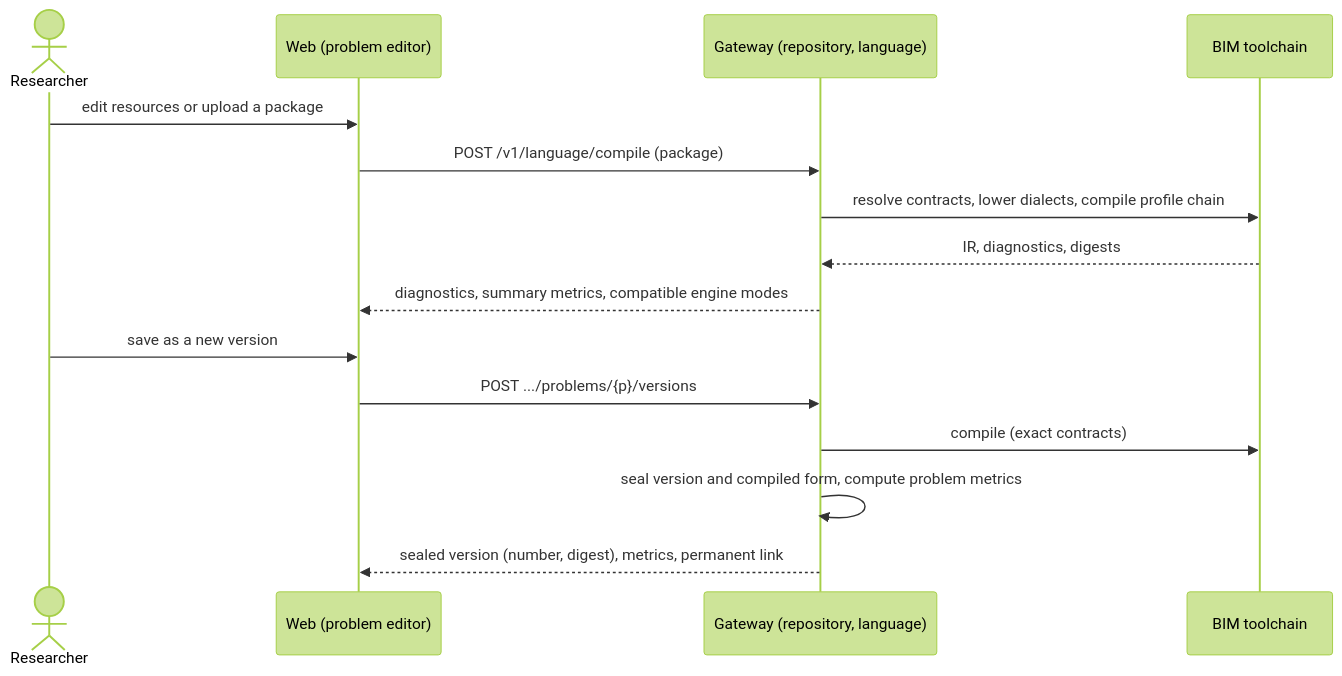
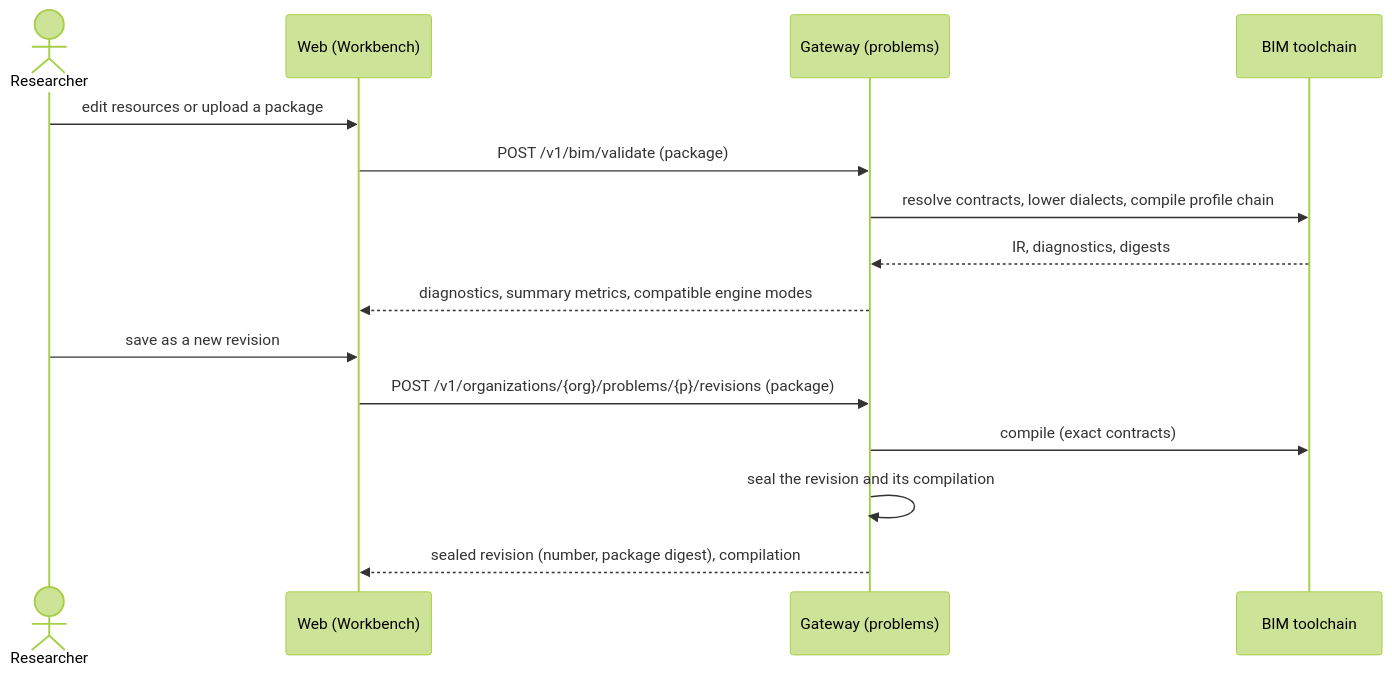
The fourth of 6 diagrams in docs/ARCHITECTURE.md (isa-group/OpenBinding), drawn with Mermaid (forest theme) before and after one commit. The commit also changed other lines of this file and 354 other files, not shown here.

First line of the commit message:
feat(problems): hang problems off the organization, fuse snapshots into revisions and rebind the Workbench

````diff
--- a/docs/ARCHITECTURE.md
+++ b/docs/ARCHITECTURE.md
@@ -301,17 +301,17 @@
 ```mermaid
 sequenceDiagram
   actor U as Researcher
-  participant W as Web (problem editor)
-  participant G as Gateway (repository, language)
+  participant W as Web (Workbench)
+  participant G as Gateway (problems)
   participant B as BIM toolchain
   U->>W: edit resources or upload a package
-  W->>G: POST /v1/language/compile (package)
+  W->>G: POST /v1/bim/validate (package)
   G->>B: resolve contracts, lower dialects, compile profile chain
   B-->>G: IR, diagnostics, digests
   G-->>W: diagnostics, summary metrics, compatible engine modes
-  U->>W: save as a new version
-  W->>G: POST .../problems/{p}/versions
+  U->>W: save as a new revision
+  W->>G: POST /v1/organizations/{org}/problems/{p}/revisions (package)
   G->>B: compile (exact contracts)
-  G->>G: seal version and compiled form, compute problem metrics
-  G-->>W: sealed version (number, digest), metrics, permanent link
+  G->>G: seal the revision and its compilation
+  G-->>W: sealed revision (number, package digest), compilation
 ```
````
